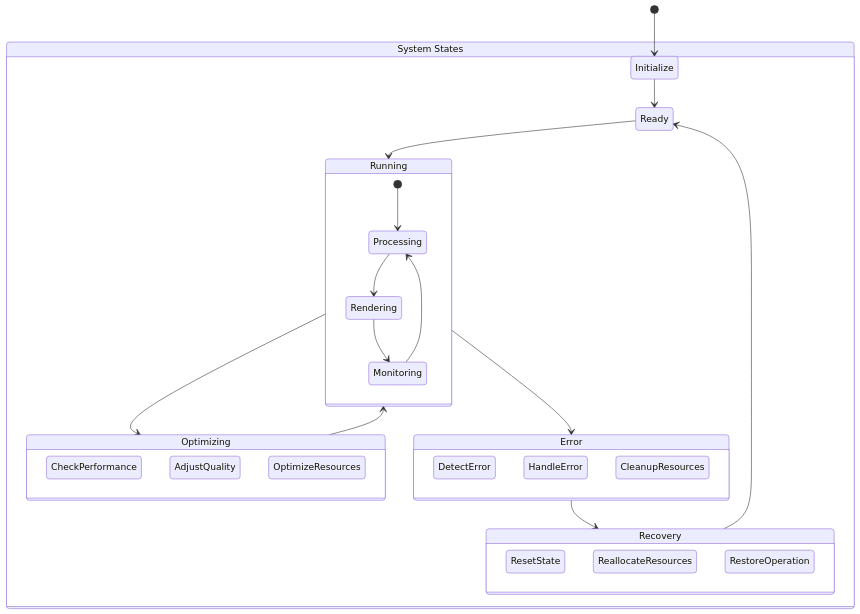
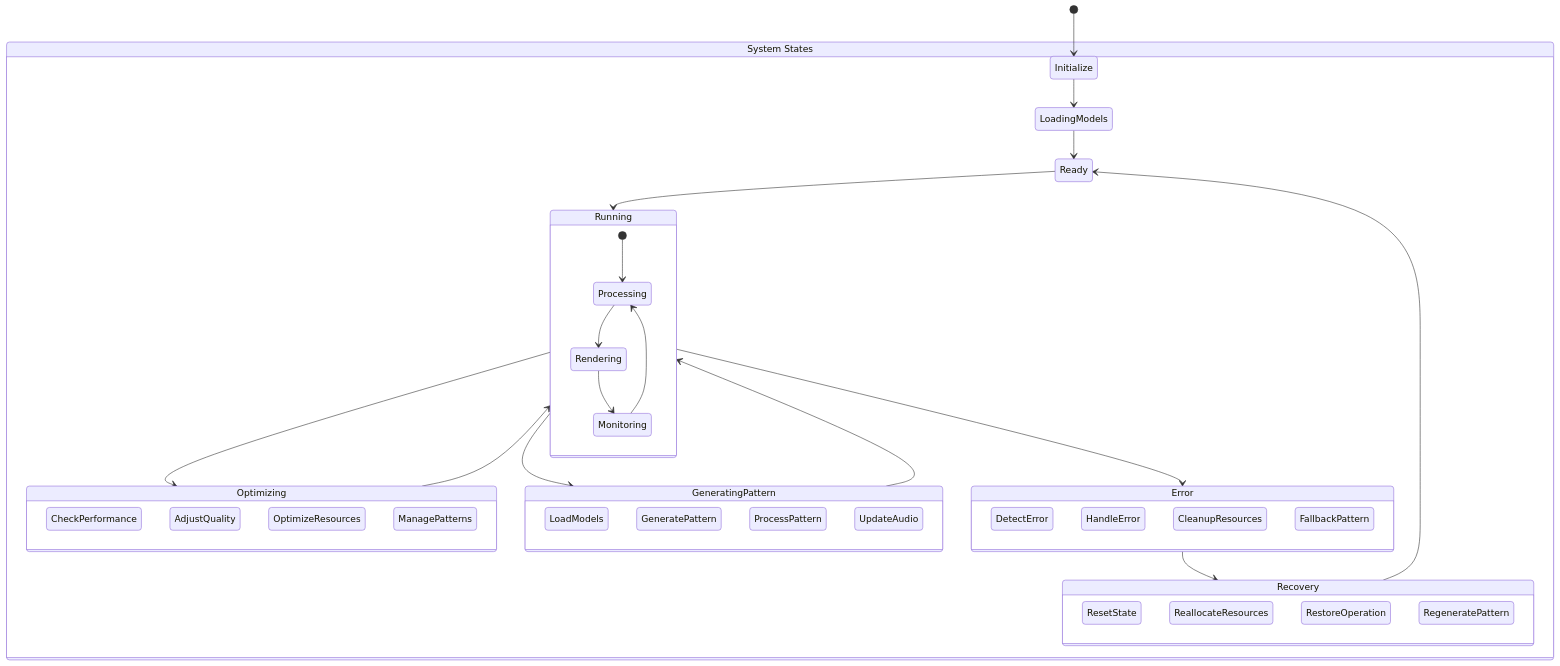
Before and after one commit to mgantlett/audio-viz: the third of 3 diagrams in diagrams/system-architecture.md, drawn with Mermaid. The commit also changed other lines of this file and 9 other files, not shown here.

First line of the commit message:
feat(audio): enhance audio system with Magenta pattern generation

````diff
--- a/diagrams/system-architecture.md
+++ b/diagrams/system-architecture.md
@@ -162,39 +210,52 @@
 ```mermaid
 stateDiagram-v2
     [*] --> Initialize
 
     state "System States" as SS {
-        Initialize --> Ready
+        Initialize --> LoadingModels
+        LoadingModels --> Ready
         Ready --> Running
         Running --> Optimizing
         Optimizing --> Running
+        Running --> GeneratingPattern
+        GeneratingPattern --> Running
         Running --> Error
         Error --> Recovery
         Recovery --> Ready
     }
 
     state Running {
         [*] --> Processing
         Processing --> Rendering
         Rendering --> Monitoring
         Monitoring --> Processing
     }
 
+    state GeneratingPattern {
+        LoadModels
+        GeneratePattern
+        ProcessPattern
+        UpdateAudio
+    }
+
     state Optimizing {
         CheckPerformance
         AdjustQuality
         OptimizeResources
+        ManagePatterns
     }
 
     state Error {
         DetectError
         HandleError
         CleanupResources
+        FallbackPattern
     }
 
     state Recovery {
         ResetState
         ReallocateResources
         RestoreOperation
+        RegeneratePattern
     }
 ```
````
